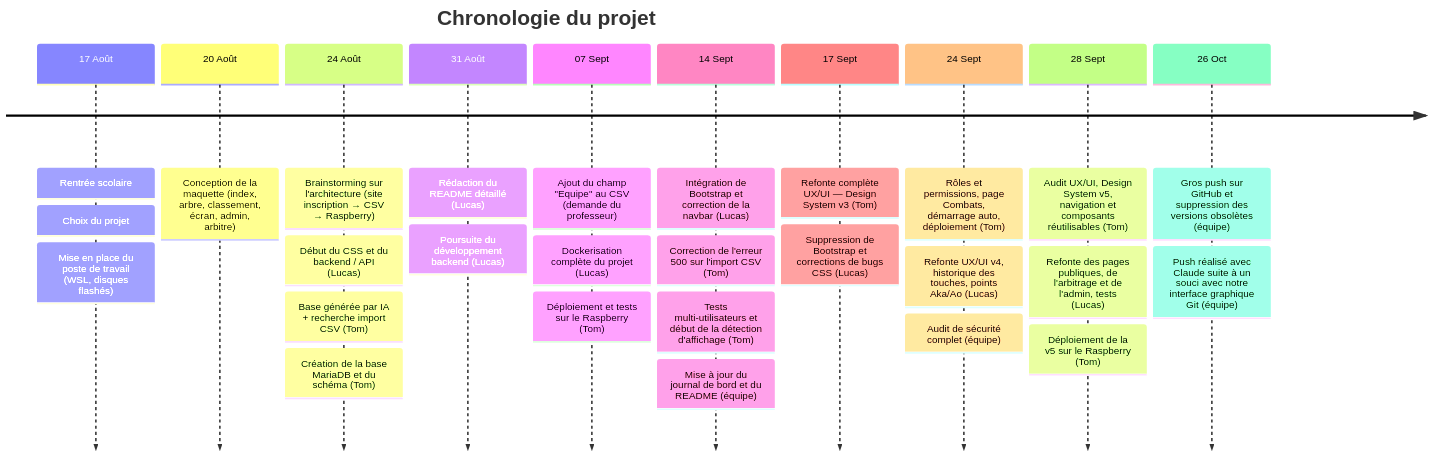
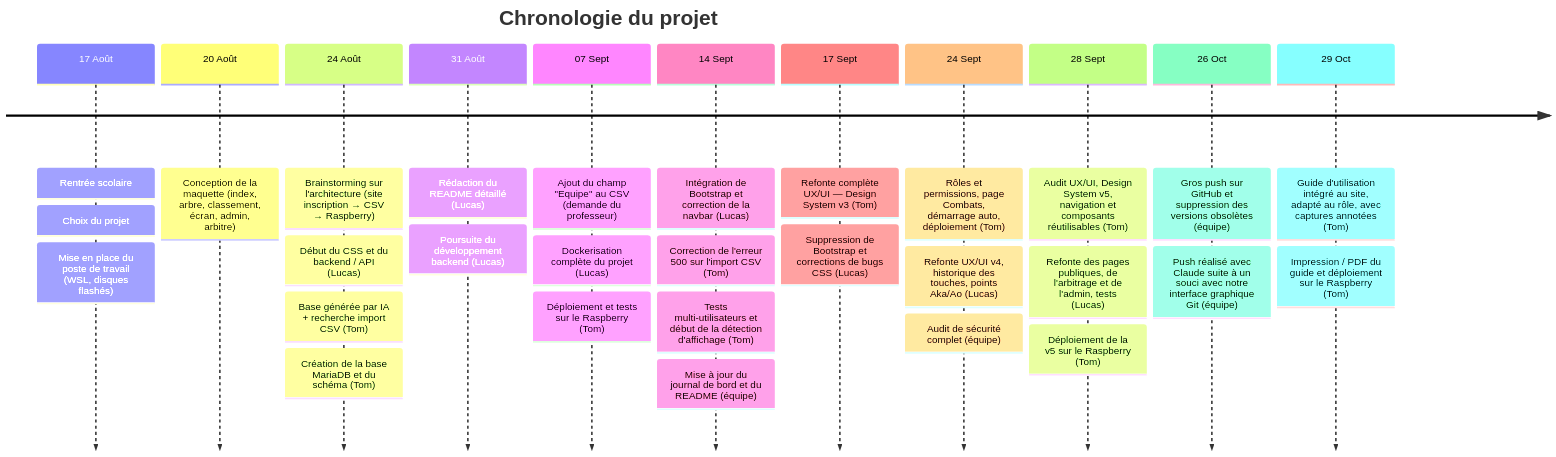
The first of 3 diagrams in journalDeBord.md (CFPT-AWEB-PH/2026-27_I.DA-P3B_LuTo), drawn with Mermaid before and after one commit. The commit also changed other lines of this file and 46 other files, not shown here.

First line of the commit message:
Guide d'utilisation intégré au site, documentation PDF et journal de bord

````diff
--- a/journalDeBord.md
+++ b/journalDeBord.md
@@ -11,31 +11,33 @@
 ```mermaid
 timeline
     title Chronologie du projet
     17 Août : Rentrée scolaire
             : Choix du projet
             : Mise en place du poste de travail (WSL, disques flashés)
     20 Août : Conception de la maquette (index, arbre, classement, écran, admin, arbitre)
     24 Août : Brainstorming sur l'architecture (site inscription → CSV → Raspberry)
             : Début du CSS et du backend / API (Lucas)
             : Base générée par IA + recherche import CSV (Tom)
             : Création de la base MariaDB et du schéma (Tom)
     31 Août : Rédaction du README détaillé (Lucas)
             : Poursuite du développement backend (Lucas)
     07 Sept : Ajout du champ "Equipe" au CSV (demande du professeur)
             : Dockerisation complète du projet (Lucas)
             : Déploiement et tests sur le Raspberry (Tom)
     14 Sept : Intégration de Bootstrap et correction de la navbar (Lucas)
             : Correction de l'erreur 500 sur l'import CSV (Tom)
             : Tests multi-utilisateurs et début de la détection d'affichage (Tom)
             : Mise à jour du journal de bord et du README (équipe)
     17 Sept : Refonte complète UX/UI — Design System v3 (Tom)
             : Suppression de Bootstrap et corrections de bugs CSS (Lucas)
     24 Sept : Rôles et permissions, page Combats, démarrage auto, déploiement (Tom)
             : Refonte UX/UI v4, historique des touches, points Aka/Ao (Lucas)
             : Audit de sécurité complet (équipe)
     28 Sept : Audit UX/UI, Design System v5, navigation et composants réutilisables (Tom)
             : Refonte des pages publiques, de l'arbitrage et de l'admin, tests (Lucas)
             : Déploiement de la v5 sur le Raspberry (Tom)
     26 Oct  : Gros push sur GitHub et suppression des versions obsolètes (équipe)
             : Push réalisé avec Claude suite à un souci avec notre interface graphique Git (équipe)
+    29 Oct  : Guide d'utilisation intégré au site, adapté au rôle, avec captures annotées (Tom)
+            : Impression / PDF du guide et déploiement sur le Raspberry (Tom)
 ```
````
